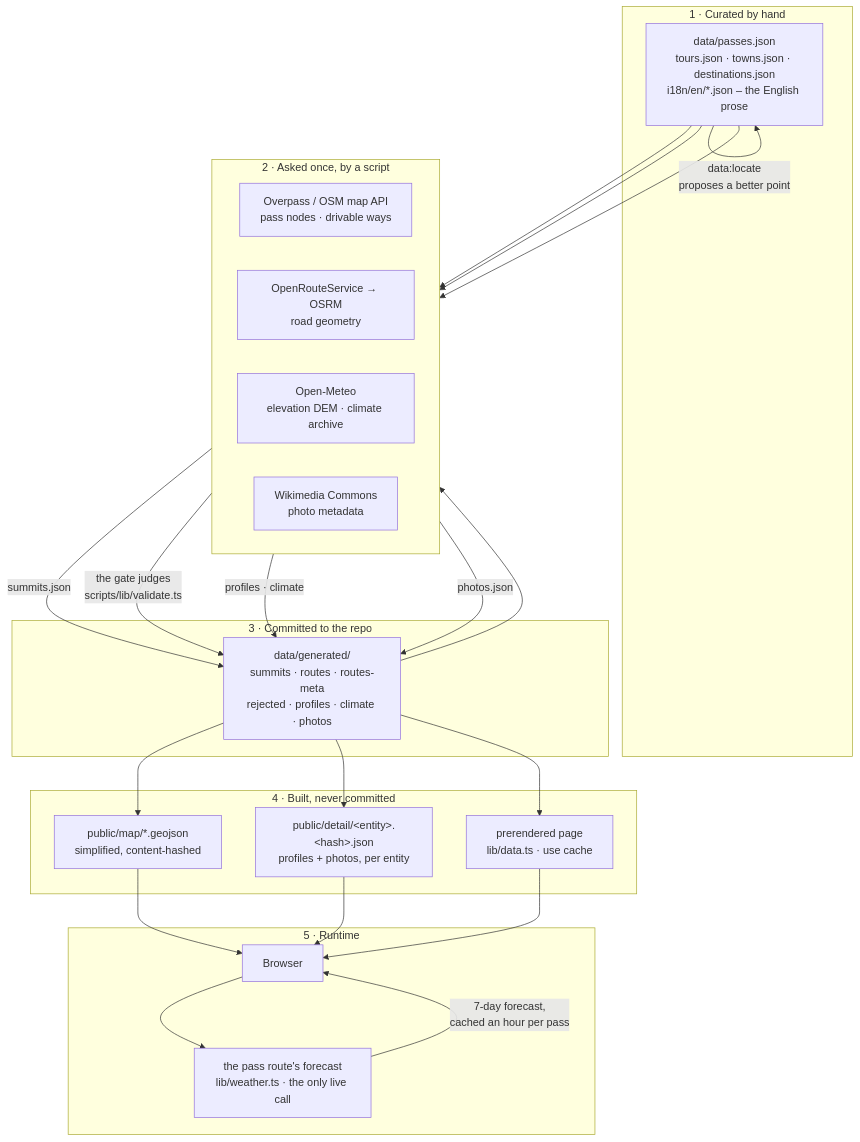
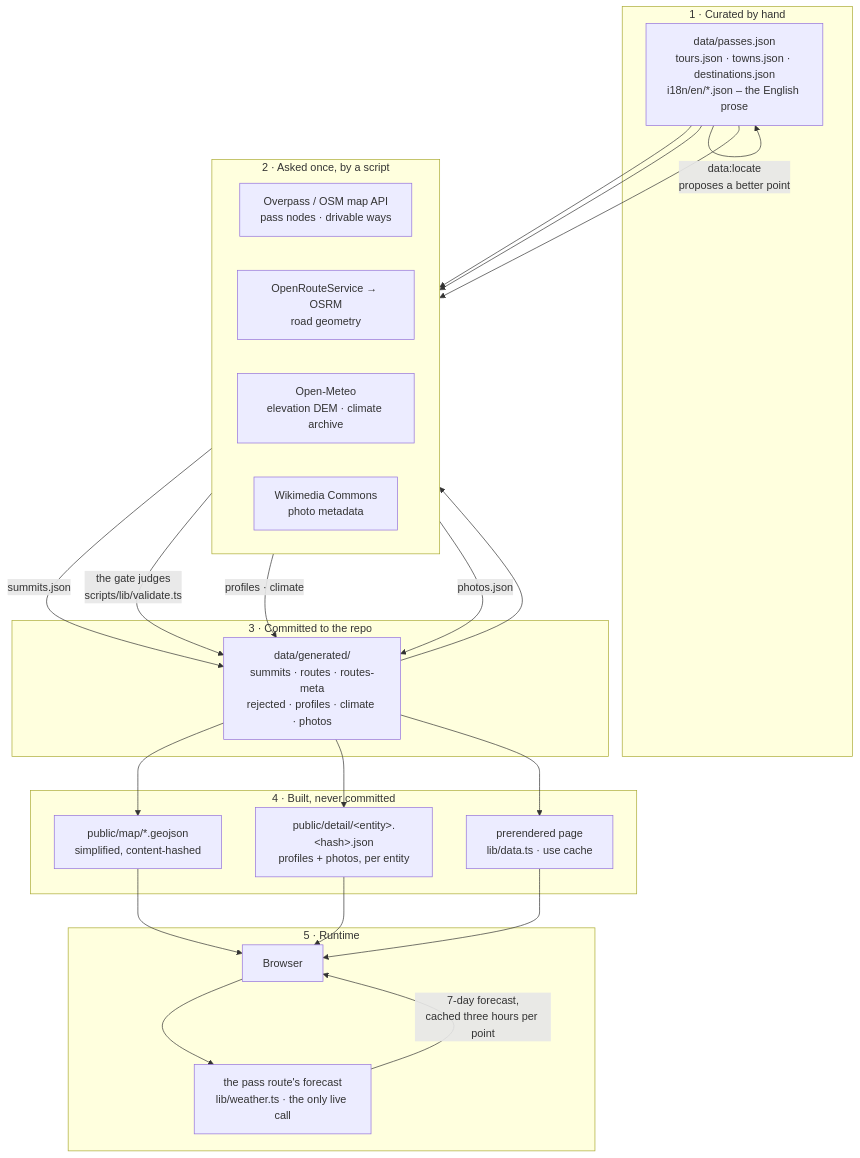
One commit to mdugue/alpen changed the first of 3 diagrams in docs/data-pipeline.md. Above: the diagram before and after it, drawn with Mermaid. The commit also changed other lines of this file and 24 other files, not shown here.

````diff
--- a/docs/data-pipeline.md
+++ b/docs/data-pipeline.md
@@ -18,39 +18,39 @@
 ```mermaid
 flowchart TB
   subgraph hand["1 · Curated by hand"]
     P["data/passes.json<br/>tours.json · towns.json · destinations.json<br/>i18n/en/*.json – the English prose"]
   end
 
   subgraph net["2 · Asked once, by a script"]
     direction LR
     OSM["Overpass / OSM map API<br/>pass nodes · drivable ways"]
     RT["OpenRouteService → OSRM<br/>road geometry"]
     OM["Open-Meteo<br/>elevation DEM · climate archive"]
     WC["Wikimedia Commons<br/>photo metadata"]
   end
 
   subgraph repo["3 · Committed to the repo"]
     G["data/generated/<br/>summits · routes · routes-meta<br/>rejected · profiles · climate · photos"]
   end
 
   subgraph build["4 · Built, never committed"]
     MA["public/map/*.geojson<br/>simplified, content-hashed"]
     DA["public/detail/&lt;entity&gt;.&lt;hash&gt;.json<br/>profiles + photos, per entity"]
     PR["prerendered page<br/>lib/data.ts · use cache"]
   end
 
   subgraph run["5 · Runtime"]
     B["Browser"]
     W["the pass route's forecast<br/>lib/weather.ts · the only live call"]
   end
 
   P -->|"data:locate<br/>proposes a better point"| P
   P --> OSM --> |"summits.json"| G
   P --> RT -->|"the gate judges<br/>scripts/lib/validate.ts"| G
   G --> OM --> |"profiles · climate"| G
   P --> WC --> |"photos.json"| G
   G --> MA --> B
   G --> DA --> B
   G --> PR --> B
-  B --> W -->|"7-day forecast,<br/>cached an hour per pass"| B
+  B --> W -->|"7-day forecast,<br/>cached three hours per point"| B
 ```
````
